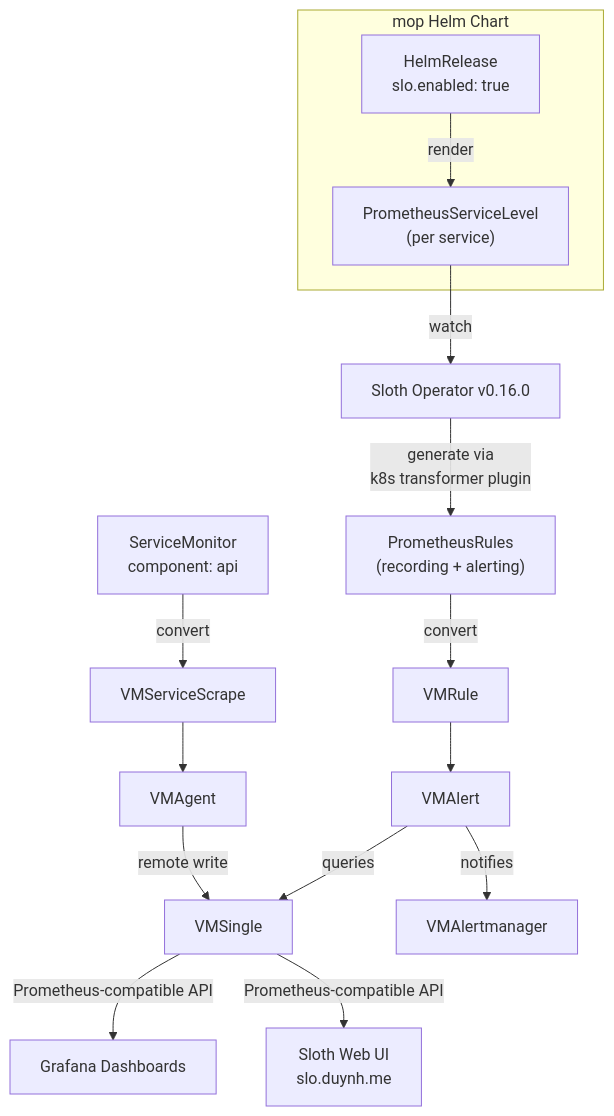
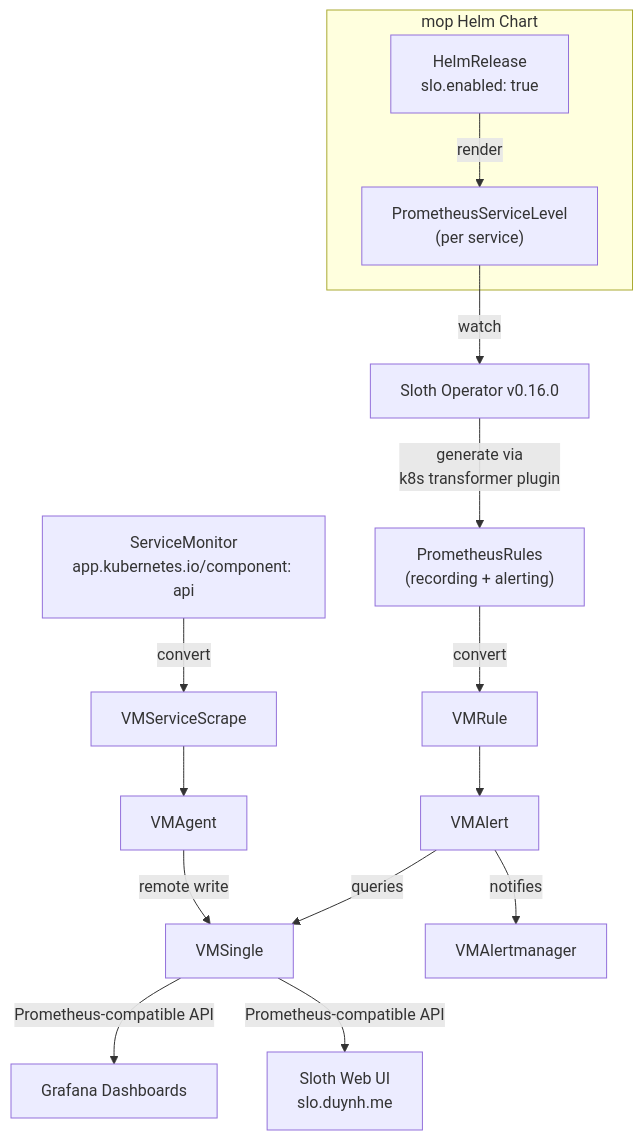
One commit to duynhlab/homelab changed the diagram in docs/observability/slo/README.md. Above: the diagram before and after it, drawn with Mermaid. The commit also changed other lines of this file and 9 other files, not shown here.

First line of the commit message:
Select scrape targets by app.kubernetes.io/component (#445)

````diff
--- a/docs/observability/slo/README.md
+++ b/docs/observability/slo/README.md
@@ -21,19 +21,19 @@
 ```mermaid
 flowchart TD
     subgraph helmChart ["mop Helm Chart"]
         HR["HelmRelease<br/>slo.enabled: true"] -->|render| PSL["PrometheusServiceLevel<br/>(per service)"]
     end
 
     PSL -->|watch| Sloth["Sloth Operator v0.16.0"]
     Sloth -->|generate via<br/>k8s transformer plugin| PR["PrometheusRules<br/>(recording + alerting)"]
     PR -->|convert| VMR["VMRule"]
     VMR --> VMA["VMAlert"]
     VMA -->|queries| VMS["VMSingle"]
     VMA -->|notifies| VMAM["VMAlertmanager"]
     VMS -->|Prometheus-compatible API| Grafana["Grafana Dashboards"]
     VMS -->|Prometheus-compatible API| SlothUI["Sloth Web UI<br/>slo.duynh.me"]
 
-    SM["ServiceMonitor<br/>component: api"] -->|convert| VMSS["VMServiceScrape"]
+    SM["ServiceMonitor<br/>app.kubernetes.io/component: api"] -->|convert| VMSS["VMServiceScrape"]
     VMSS --> VMAgent["VMAgent"]
     VMAgent -->|remote write| VMS
 ```
````
